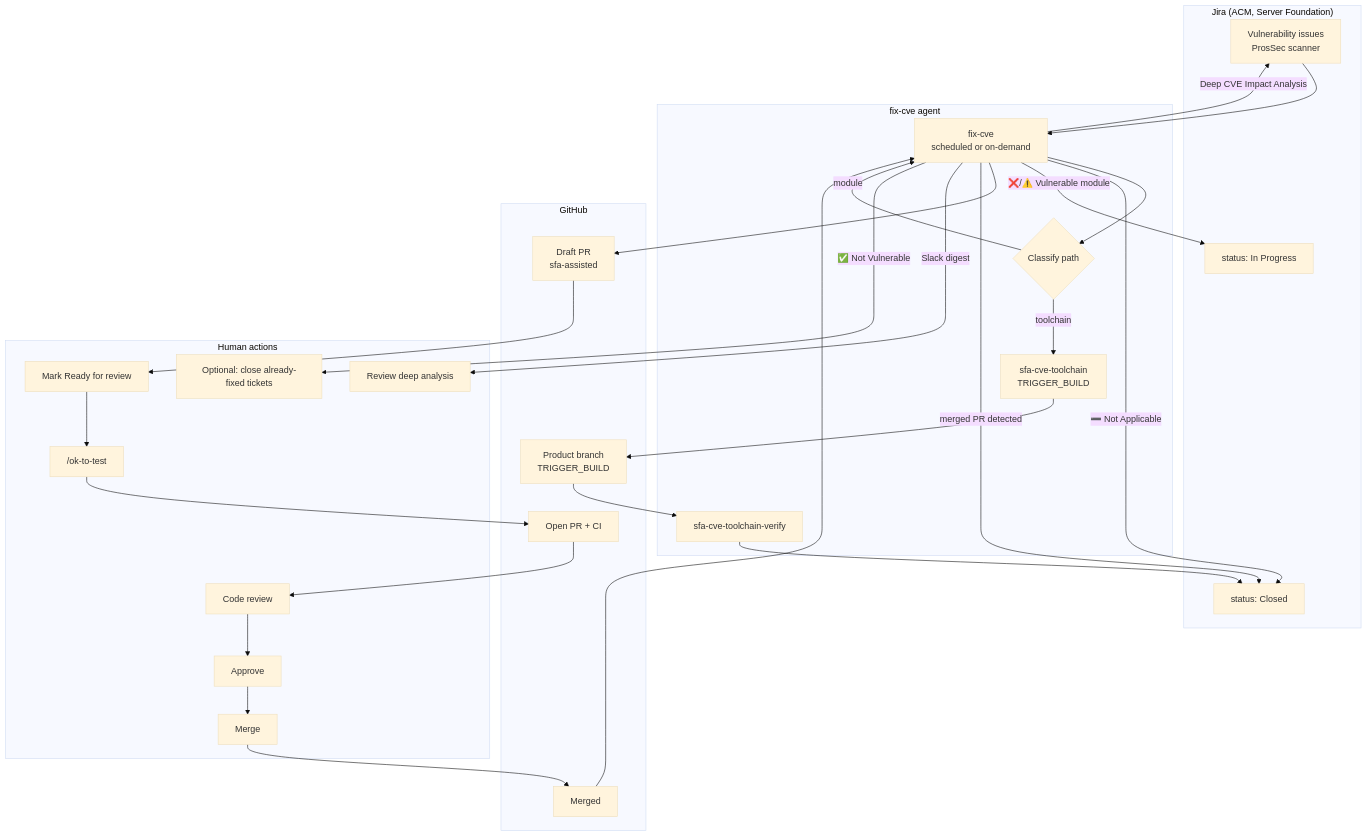
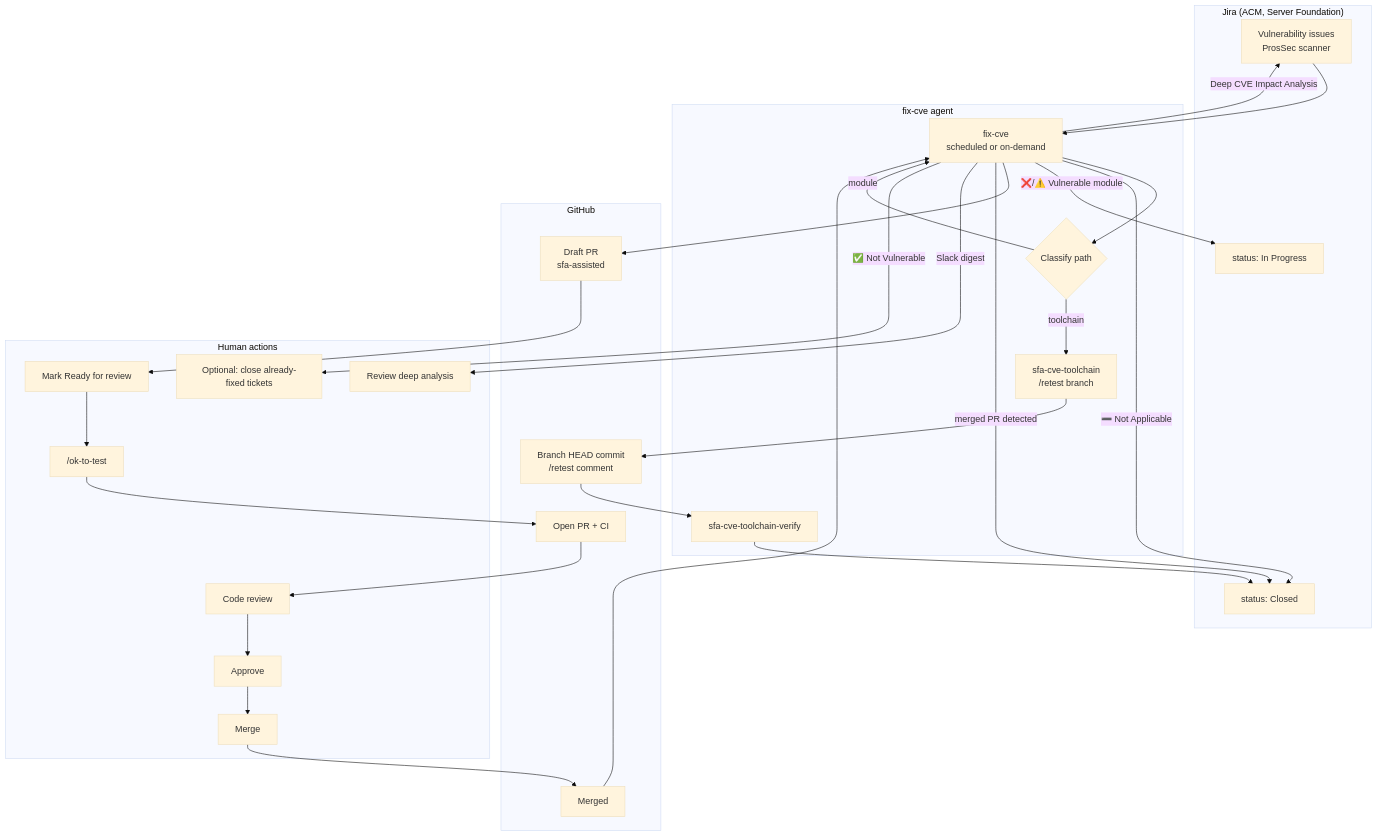
The first of 2 diagrams in docs/automated-cve-fix-developer-guide.md (rokej/server-foundation-agent), drawn with Mermaid (base theme) before and after one commit. The commit also changed other lines of this file and 9 other files, not shown here.

First line of the commit message:
feat(cve): verify latest Quay image before toolchain rebuild (#40)

````diff
--- a/docs/automated-cve-fix-developer-guide.md
+++ b/docs/automated-cve-fix-developer-guide.md
@@ -69,47 +69,47 @@
 ```mermaid
 flowchart TB
   subgraph jira["Jira (ACM, Server Foundation)"]
     VULN[Vulnerability issues<br/>ProsSec scanner]
     INPROG[status: In Progress]
     CLOSED[status: Closed]
   end
 
   subgraph agents["fix-cve agent"]
     F[fix-cve<br/>scheduled or on-demand]
     CLS{Classify path}
-    TC[sfa-cve-toolchain<br/>TRIGGER_BUILD]
+    TC[sfa-cve-toolchain<br/>/retest branch]
     TV[sfa-cve-toolchain-verify]
   end
 
   subgraph github["GitHub"]
     DRAFT[Draft PR<br/>sfa-assisted]
     OPEN[Open PR + CI]
     MERGED[Merged]
-    REBUILD[Product branch<br/>TRIGGER_BUILD]
+    REBUILD[Branch HEAD commit<br/>/retest comment]
   end
 
   subgraph human["Human actions"]
     H1[Review deep analysis]
     H2[Mark Ready for review]
     H3["/ok-to-test"]
     H4[Code review]
     H5[Approve]
     H6[Merge]
     H7[Optional: close already-fixed tickets]
   end
 
   VULN --> F
   F --> CLS
   CLS -->|toolchain| TC --> REBUILD --> TV --> CLOSED
   CLS -->|module| F
   F -->|Deep CVE Impact Analysis| VULN
   F -->|➖ Not Applicable| CLOSED
   F -->|❌/⚠️ Vulnerable module| INPROG
   F --> DRAFT
   DRAFT --> H2 --> H3 --> OPEN
   OPEN --> H4 --> H5 --> H6 --> MERGED
   MERGED --> F
   F -->|merged PR detected| CLOSED
   F -->|Slack digest| H1
   F -->|✅ Not Vulnerable| H7
 ```
````
